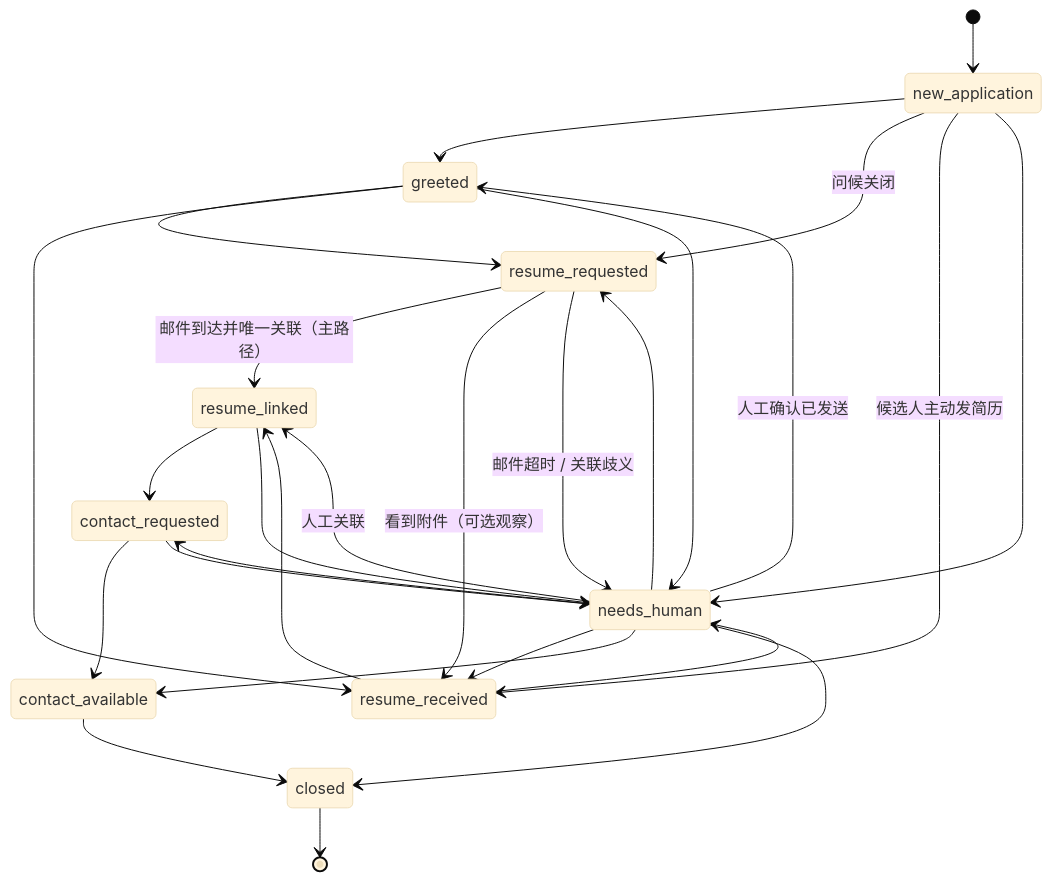
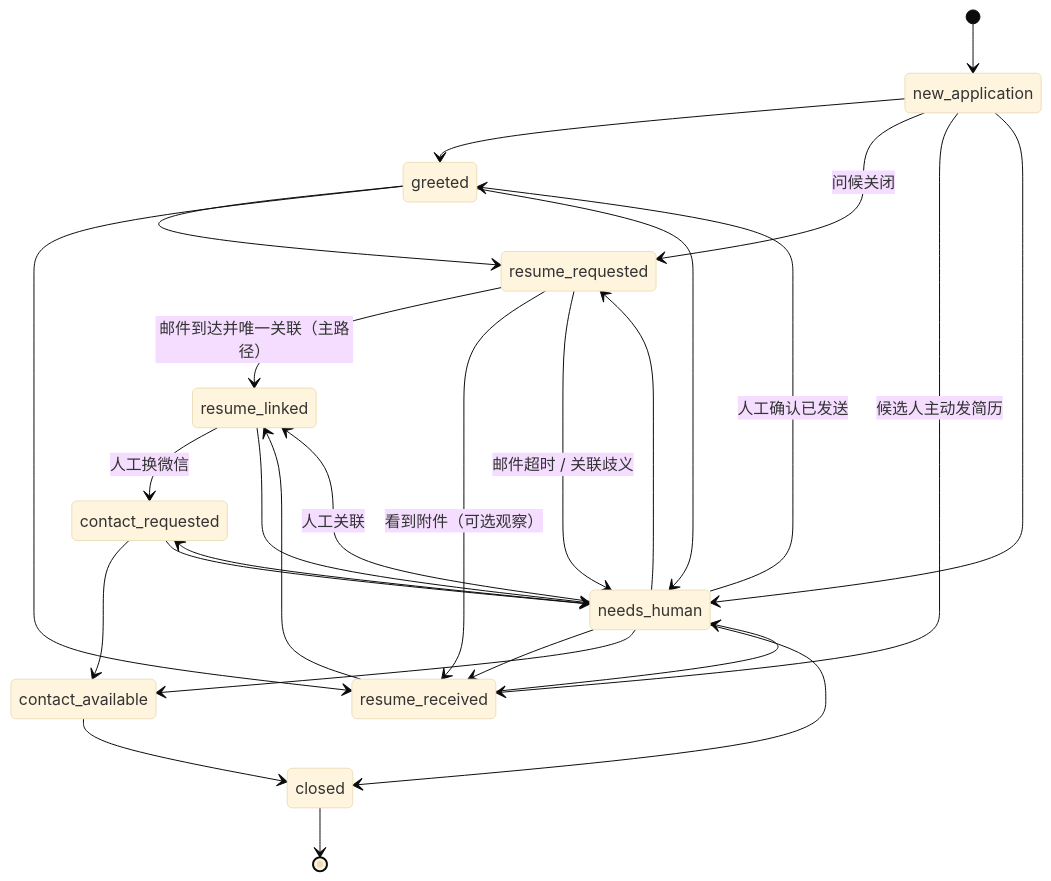
The first of 4 diagrams in docs/monitor/contracts.md (szrunworld/2ndscreen), drawn with Mermaid (base theme) before and after one commit. The commit also changed other lines of this file and 21 other files, not shown here.

````diff
--- a/docs/monitor/contracts.md
+++ b/docs/monitor/contracts.md
@@ -228,29 +228,29 @@
 ```mermaid
 stateDiagram-v2
     [*] --> new_application
     new_application --> greeted
     new_application --> resume_requested: 问候关闭
     new_application --> resume_received: 候选人主动发简历
     greeted --> resume_requested
     greeted --> resume_received
     resume_requested --> resume_linked: 邮件到达并唯一关联（主路径）
     resume_requested --> resume_received: 看到附件（可选观察）
     resume_received --> resume_linked
-    resume_linked --> contact_requested
+    resume_linked --> contact_requested: 人工换微信
     contact_requested --> contact_available
     contact_available --> closed
     new_application --> needs_human
     greeted --> needs_human
     resume_requested --> needs_human: 邮件超时 / 关联歧义
     resume_received --> needs_human
     resume_linked --> needs_human
     contact_requested --> needs_human
     needs_human --> greeted: 人工确认已发送
     needs_human --> resume_requested
     needs_human --> resume_received
     needs_human --> resume_linked: 人工关联
     needs_human --> contact_requested
     needs_human --> contact_available
     needs_human --> closed
     closed --> [*]
 ```
````
